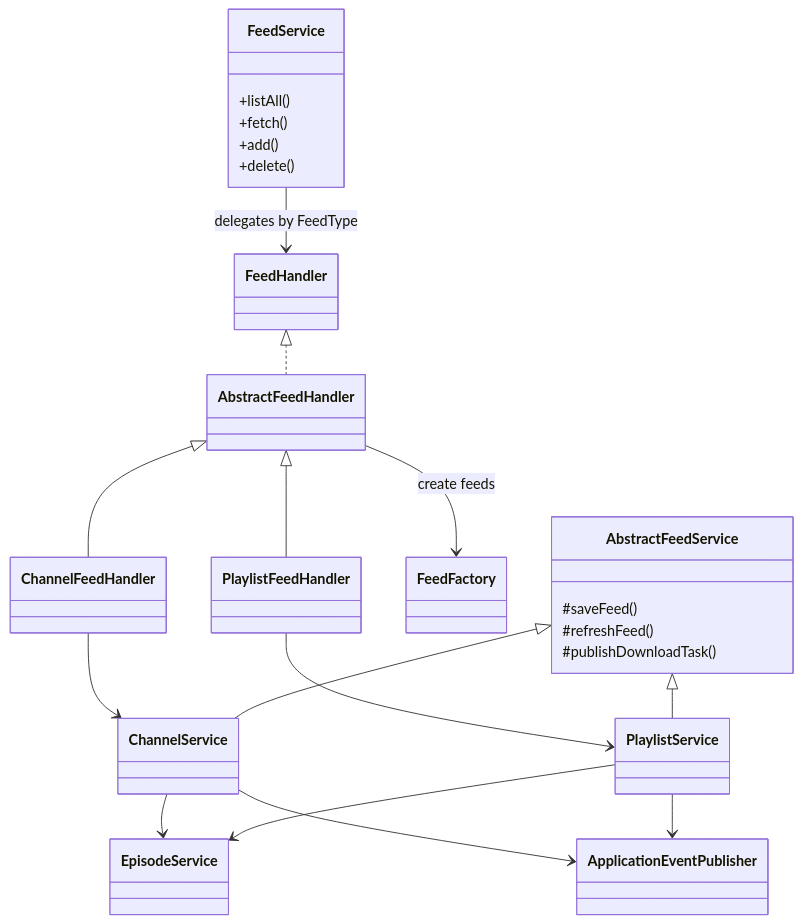
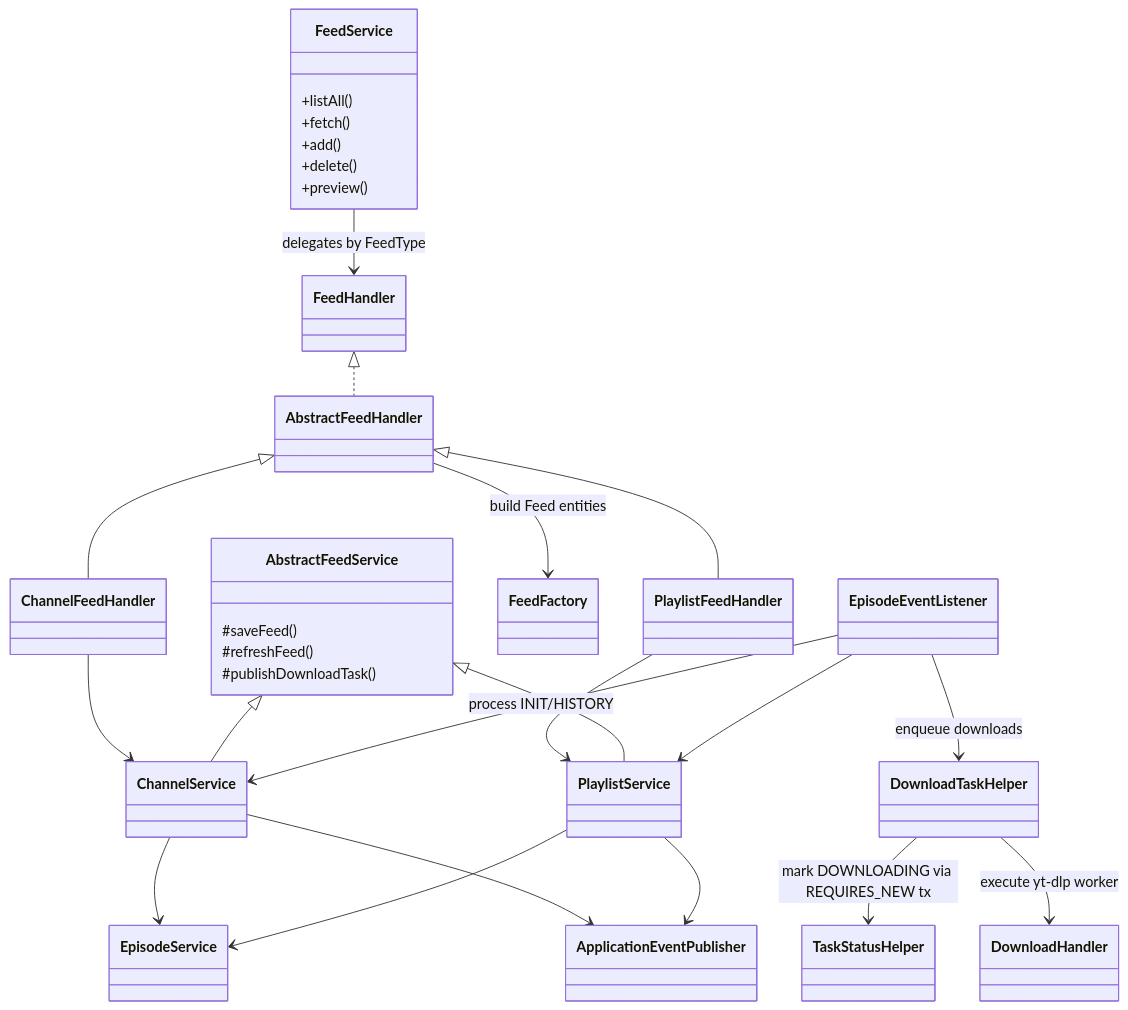
Before and after one commit to aizhimou/pigeon-pod: the diagram in documents/architecture/architecture-design-en.md, drawn with Mermaid. The commit also changed other lines of this file and 20 other files, not shown here.

````diff
--- a/documents/architecture/architecture-design-en.md
+++ b/documents/architecture/architecture-design-en.md
@@ -36,39 +70,51 @@
 ```mermaid
 classDiagram
     class FeedService {
         +listAll()
         +fetch()
         +add()
         +delete()
+        +preview()
     }
     class FeedHandler
     class AbstractFeedHandler
     class ChannelFeedHandler
     class PlaylistFeedHandler
     class FeedFactory
 
     FeedService --> FeedHandler : delegates by FeedType
     FeedHandler <|.. AbstractFeedHandler
     AbstractFeedHandler <|-- ChannelFeedHandler
     AbstractFeedHandler <|-- PlaylistFeedHandler
-    AbstractFeedHandler --> FeedFactory : create feeds
+    AbstractFeedHandler --> FeedFactory : build Feed entities
     ChannelFeedHandler --> ChannelService
     PlaylistFeedHandler --> PlaylistService
 
     class AbstractFeedService {
         #saveFeed()
         #refreshFeed()
         #publishDownloadTask()
     }
     class ChannelService
     class PlaylistService
     class EpisodeService
     class ApplicationEventPublisher
 
     AbstractFeedService <|-- ChannelService
     AbstractFeedService <|-- PlaylistService
     ChannelService --> EpisodeService
     PlaylistService --> EpisodeService
     ChannelService --> ApplicationEventPublisher
     PlaylistService --> ApplicationEventPublisher
+
+    class EpisodeEventListener
+    class DownloadTaskHelper
+    class TaskStatusHelper
+    class DownloadHandler
+
+    EpisodeEventListener --> DownloadTaskHelper : enqueue downloads
+    DownloadTaskHelper --> TaskStatusHelper : mark DOWNLOADING via REQUIRES_NEW tx
+    DownloadTaskHelper --> DownloadHandler : execute yt-dlp worker
+    EpisodeEventListener --> ChannelService : process INIT/HISTORY
+    EpisodeEventListener --> PlaylistService
 ```
````
